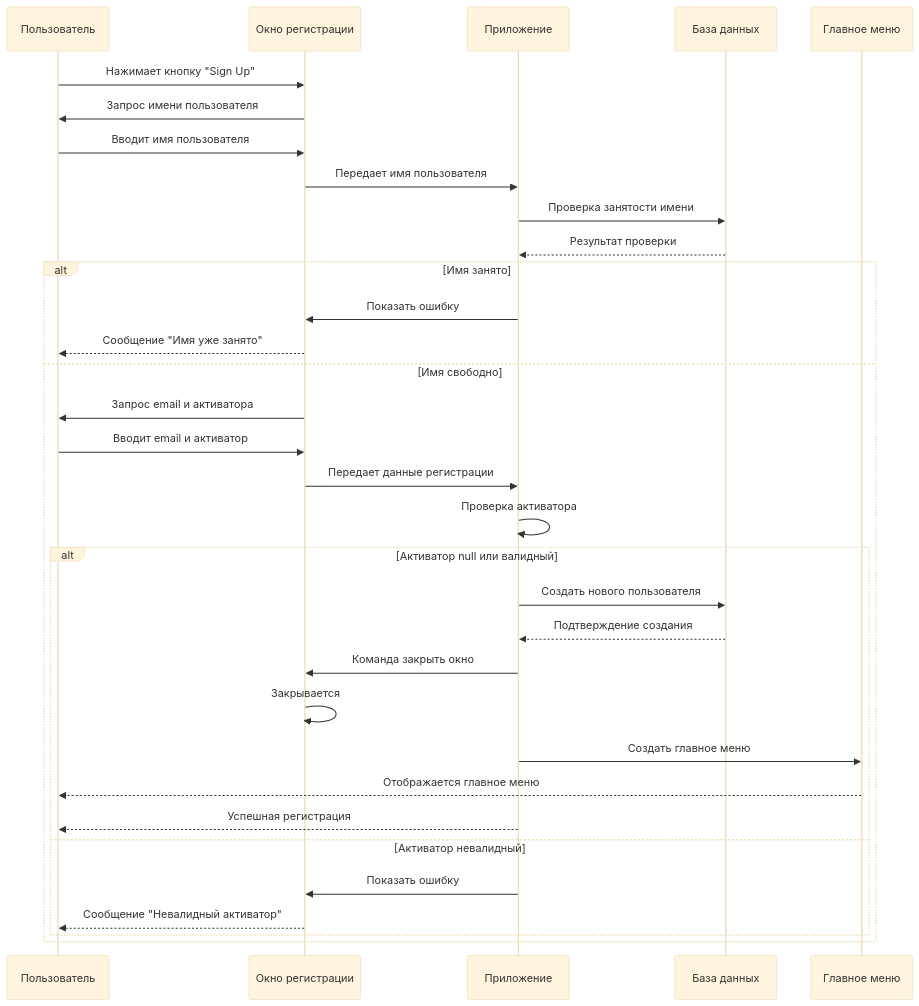
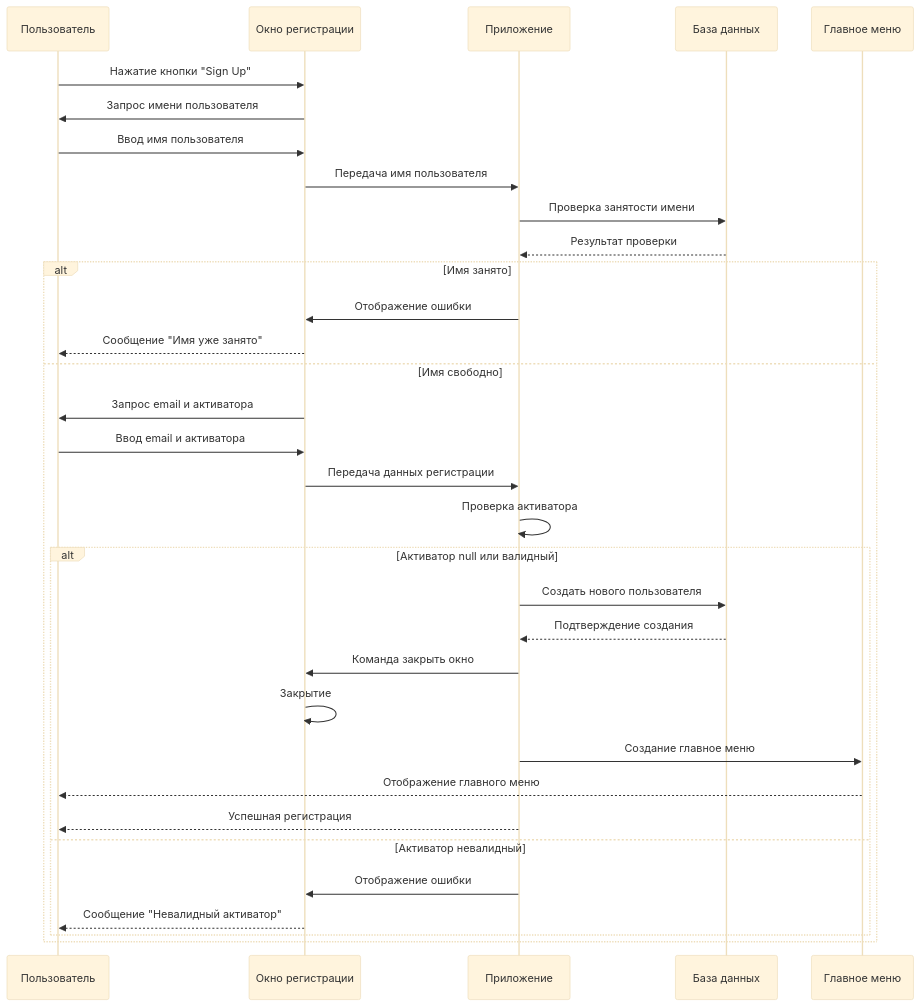
One commit to Just-bite/Road_accident_detection_model changed the second of 6 diagrams in docs/diagrams/sequence.md. Above: the diagram before and after it, drawn with Mermaid (base theme). The commit also changed other lines of this file and 2 other files, not shown here.

Commit message:
sequence all aded + typos in analyze activity fixed

````diff
--- a/docs/diagrams/sequence.md
+++ b/docs/diagrams/sequence.md
@@ -39,38 +39,38 @@
 ```mermaid
 sequenceDiagram
     participant U as Пользователь
     participant UI as Окно регистрации
     participant A as Приложение
     participant DB as База данных
     participant GM as Главное меню
 
-    U->>UI: Нажимает кнопку "Sign Up"
+    U->>UI: Нажатие кнопки "Sign Up"
     UI->>U: Запрос имени пользователя
-    U->>UI: Вводит имя пользователя
-    UI->>A: Передает имя пользователя
+    U->>UI: Ввод имя пользователя
+    UI->>A: Передача имя пользователя
     A->>DB: Проверка занятости имени
     DB-->>A: Результат проверки
     
     alt Имя занято
-        A->>UI: Показать ошибку
+        A->>UI: Отображение ошибки
         UI-->>U: Сообщение "Имя уже занято"
     else Имя свободно
         UI->>U: Запрос email и активатора
-        U->>UI: Вводит email и активатор
-        UI->>A: Передает данные регистрации
+        U->>UI: Ввод email и активатора
+        UI->>A: Передача данных регистрации
         
         A->>A: Проверка активатора
         alt Активатор null или валидный
             A->>DB: Создать нового пользователя
             DB-->>A: Подтверждение создания
             A->>UI: Команда закрыть окно
-            UI->>UI: Закрывается
-            A->>GM: Создать главное меню
-            GM-->>U: Отображается главное меню
+            UI->>UI: Закрытие
+            A->>GM: Создание главное меню
+            GM-->>U: Отображение главного меню
             A-->>U: Успешная регистрация
         else Активатор невалидный
-            A->>UI: Показать ошибку
+            A->>UI: Отображение ошибки
             UI-->>U: Сообщение "Невалидный активатор"
         end
     end
 ```
````
